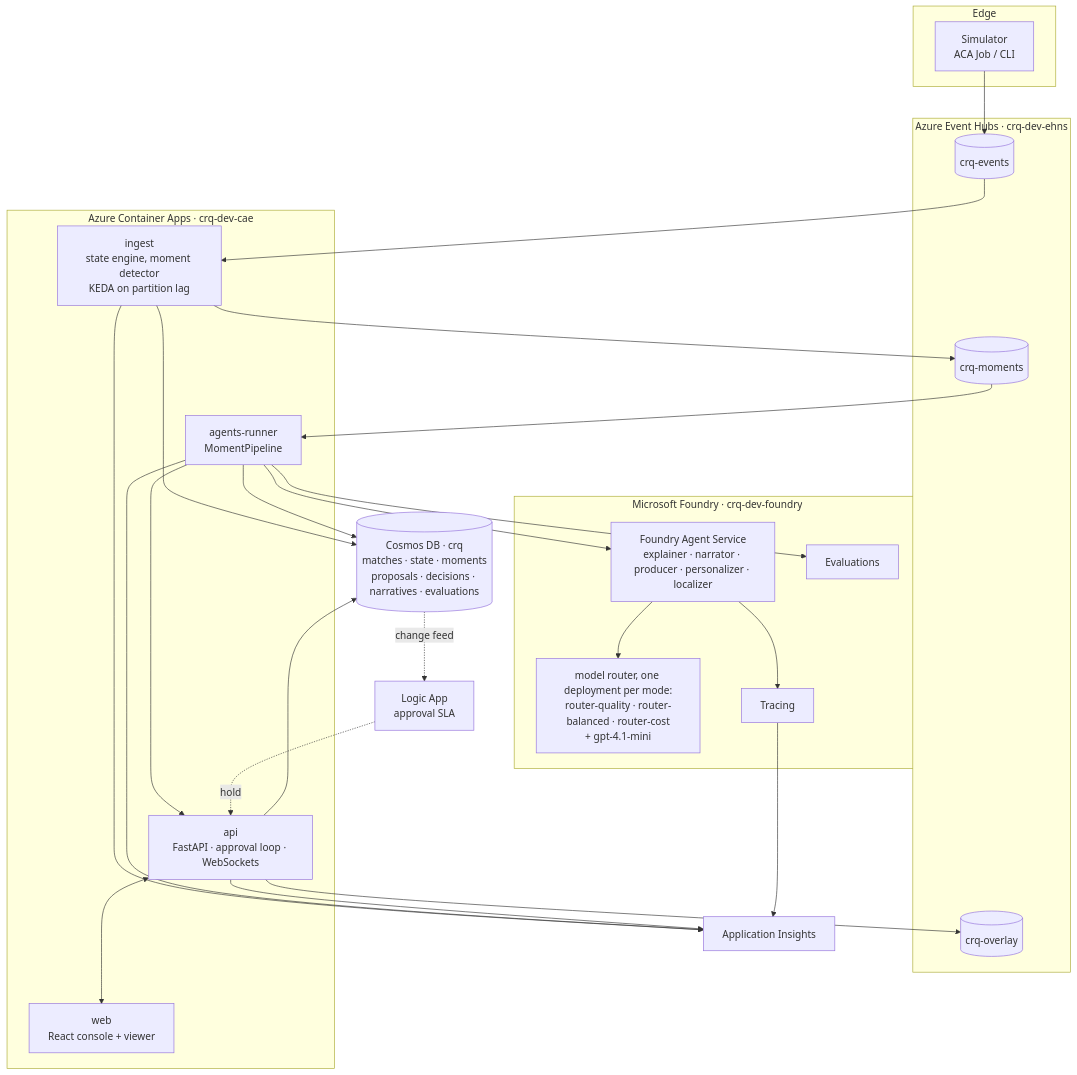
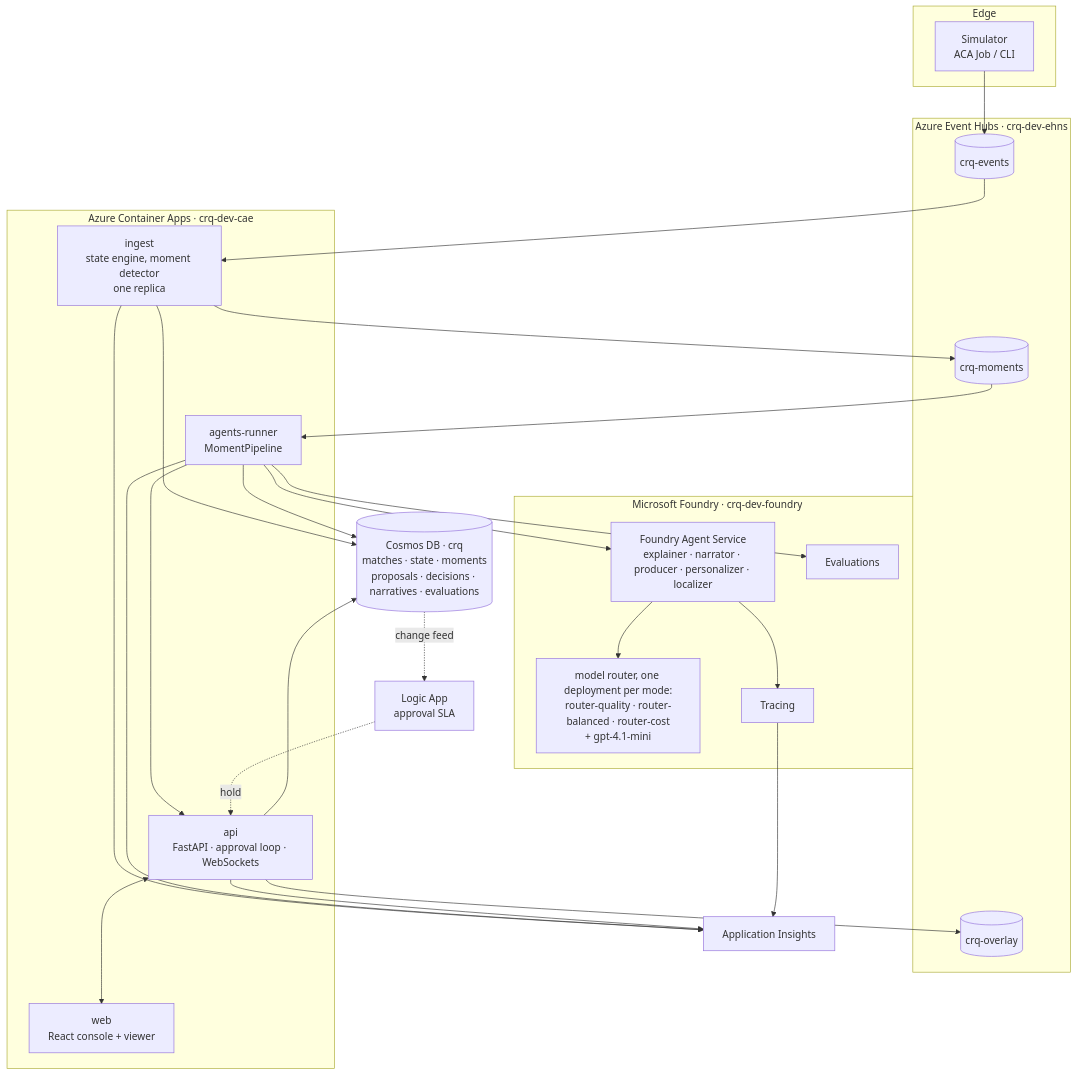
The second of 4 diagrams in docs/ARCHITECTURE.md (SwamiBB/control-room-iq), drawn with Mermaid before and after one commit. The commit also changed other lines of this file and 6 other files, not shown here.

````diff
--- a/docs/ARCHITECTURE.md
+++ b/docs/ARCHITECTURE.md
@@ -23,38 +23,38 @@
 ```mermaid
 flowchart TB
     subgraph Edge
         SIM[Simulator<br/>ACA Job / CLI]
     end
     subgraph Stream["Azure Event Hubs · crq-dev-ehns"]
         EH1[(crq-events)]
         EH2[(crq-moments)]
         EH3[(crq-overlay)]
     end
     subgraph ACA["Azure Container Apps · crq-dev-cae"]
-        ING[ingest<br/>state engine, moment detector<br/>KEDA on partition lag]
+        ING[ingest<br/>state engine, moment detector<br/>one replica]
         AGR[agents-runner<br/>MomentPipeline]
         API[api<br/>FastAPI · approval loop · WebSockets]
         WEB[web<br/>React console + viewer]
     end
     subgraph Foundry["Microsoft Foundry · crq-dev-foundry"]
         AGS[Foundry Agent Service<br/>explainer · narrator · producer · personalizer · localizer]
         MR[model router, one deployment per mode:<br/>router-quality · router-balanced · router-cost<br/>+ gpt-4.1-mini]
         EVAL[Evaluations]
         TR[Tracing]
     end
     COS[(Cosmos DB · crq<br/>matches · state · moments<br/>proposals · decisions · narratives · evaluations)]
     LA[Logic App<br/>approval SLA]
     AI[Application Insights]
     SIM --> EH1 --> ING --> EH2 --> AGR
     ING --> COS
     AGR --> AGS --> MR
     AGR --> EVAL
     AGR --> COS
     AGR --> API
     API --> COS
     API --> EH3
     COS -. change feed .-> LA -. hold .-> API
     API <---> WEB
     ING & AGR & API --> AI
     AGS --> TR --> AI
 ```
````
